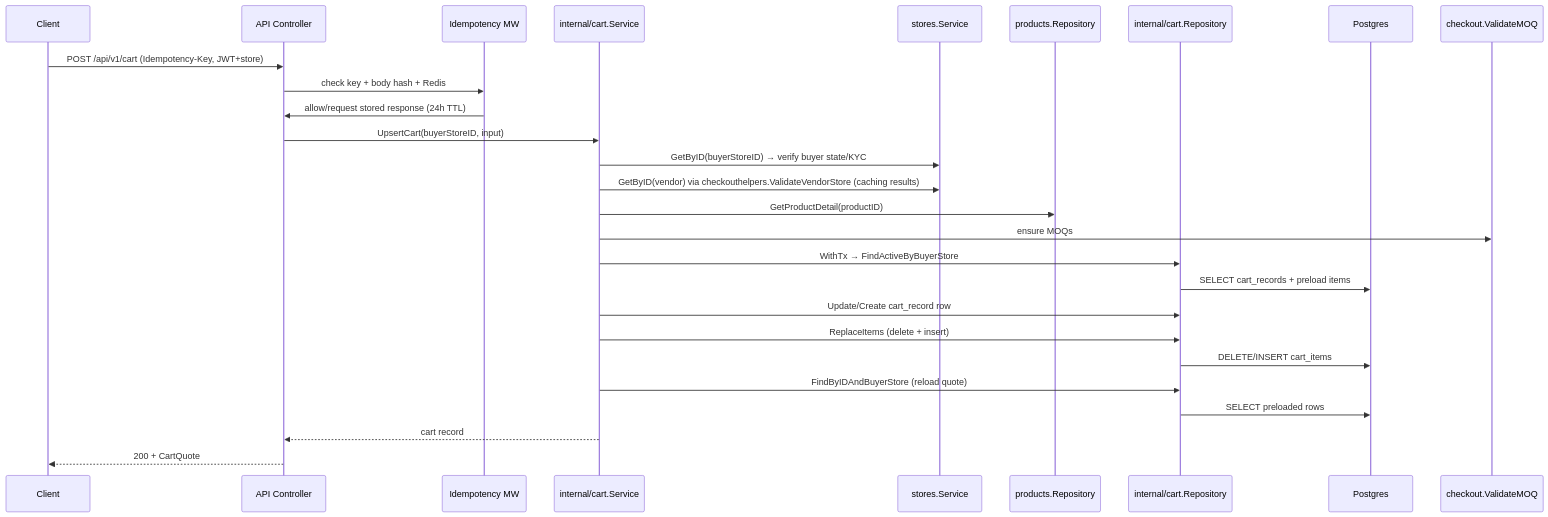
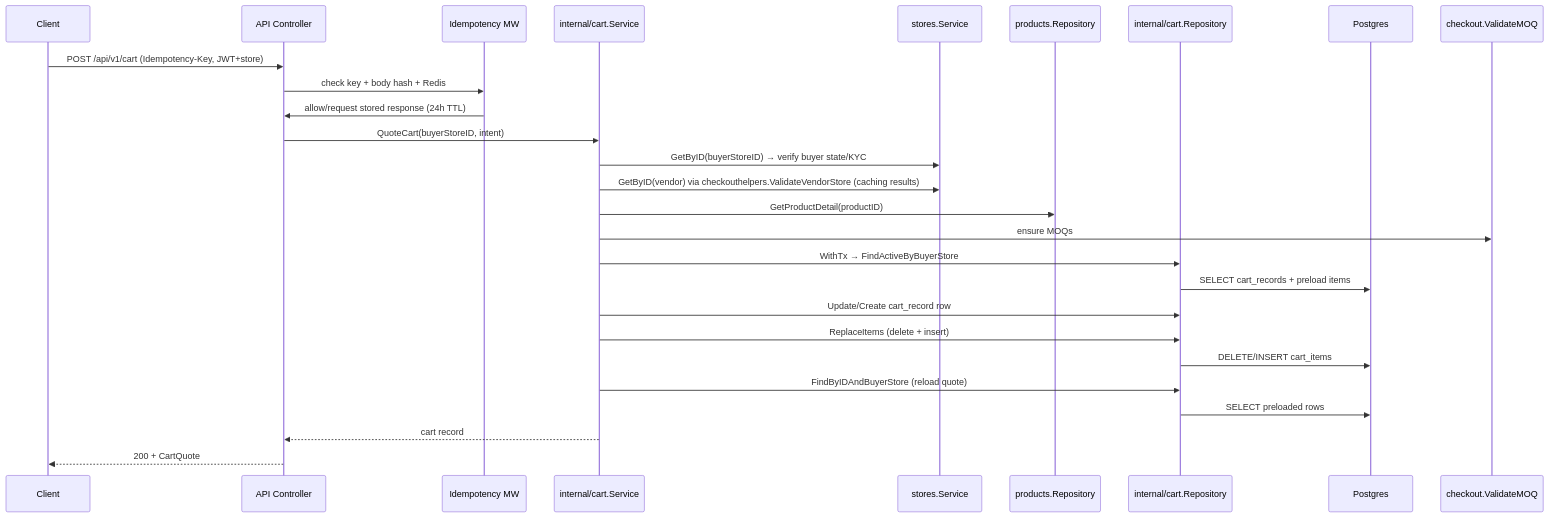
One commit to mondragon-ai/packfinderz-backend changed the first of 2 diagrams in docs/state/CART_state.md. Above: the diagram before and after it, drawn with Mermaid. The commit also changed other lines of this file and 13 other files, not shown here.

````diff
--- a/docs/state/CART_state.md
+++ b/docs/state/CART_state.md
@@ -156,29 +156,29 @@
 ```mermaid
 sequenceDiagram
   participant Client
   participant API as API Controller
   participant Idem as Idempotency MW
   participant CartSvc as internal/cart.Service
   participant StoreSvc as stores.Service
   participant ProductRepo as products.Repository
   participant CartRepo as internal/cart.Repository
   participant DB as Postgres
 
   Client->>API: POST /api/v1/cart (Idempotency-Key, JWT+store)
   API->>Idem: check key + body hash + Redis
   Idem->>API: allow/request stored response (24h TTL)
-  API->>CartSvc: UpsertCart(buyerStoreID, input)
+  API->>CartSvc: QuoteCart(buyerStoreID, intent)
   CartSvc->>StoreSvc: GetByID(buyerStoreID) → verify buyer state/KYC
   CartSvc->>StoreSvc: GetByID(vendor) via checkouthelpers.ValidateVendorStore (caching results)
   CartSvc->>ProductRepo: GetProductDetail(productID)
   CartSvc->>checkout.ValidateMOQ: ensure MOQs
   CartSvc->>CartRepo: WithTx → FindActiveByBuyerStore
   CartRepo->>DB: SELECT cart_records + preload items
   CartSvc->>CartRepo: Update/Create cart_record row
   CartSvc->>CartRepo: ReplaceItems (delete + insert)
   CartRepo->>DB: DELETE/INSERT cart_items
   CartSvc->>CartRepo: FindByIDAndBuyerStore (reload quote)
   CartRepo->>DB: SELECT preloaded rows
   CartSvc-->>API: cart record
   API-->>Client: 200 + CartQuote
 ```
````
